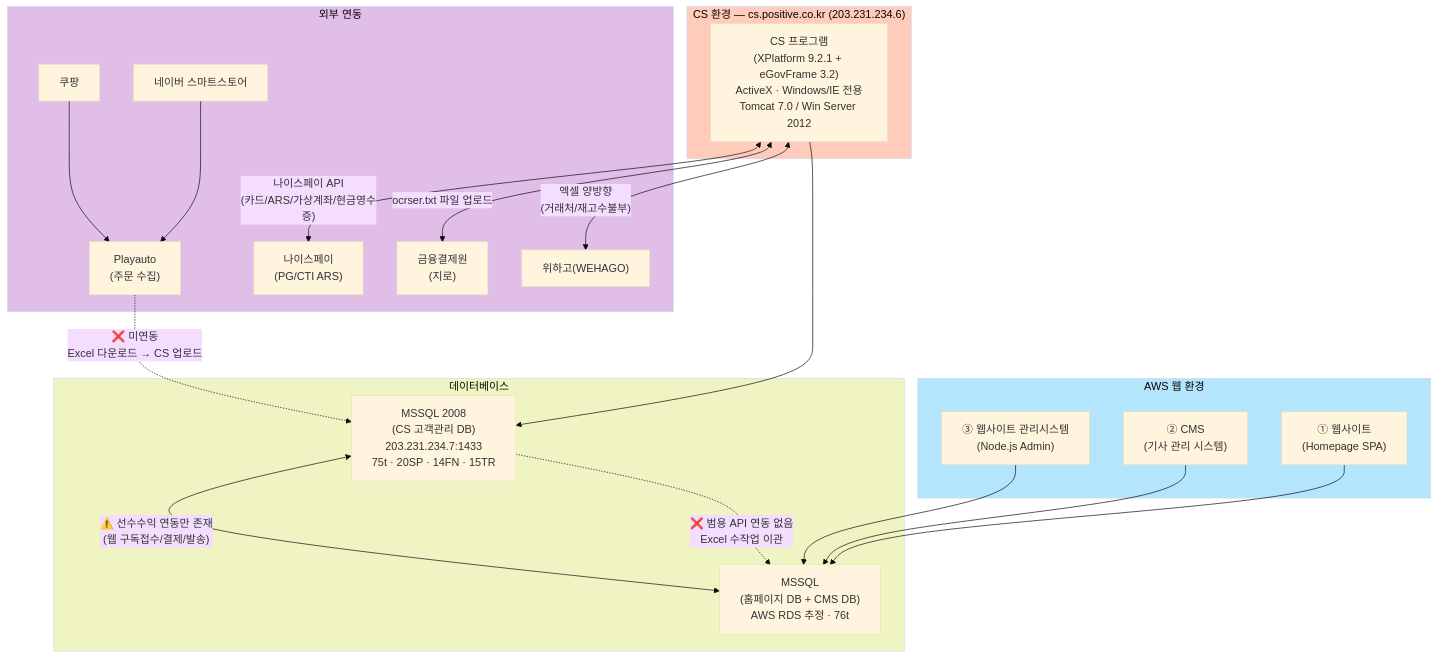
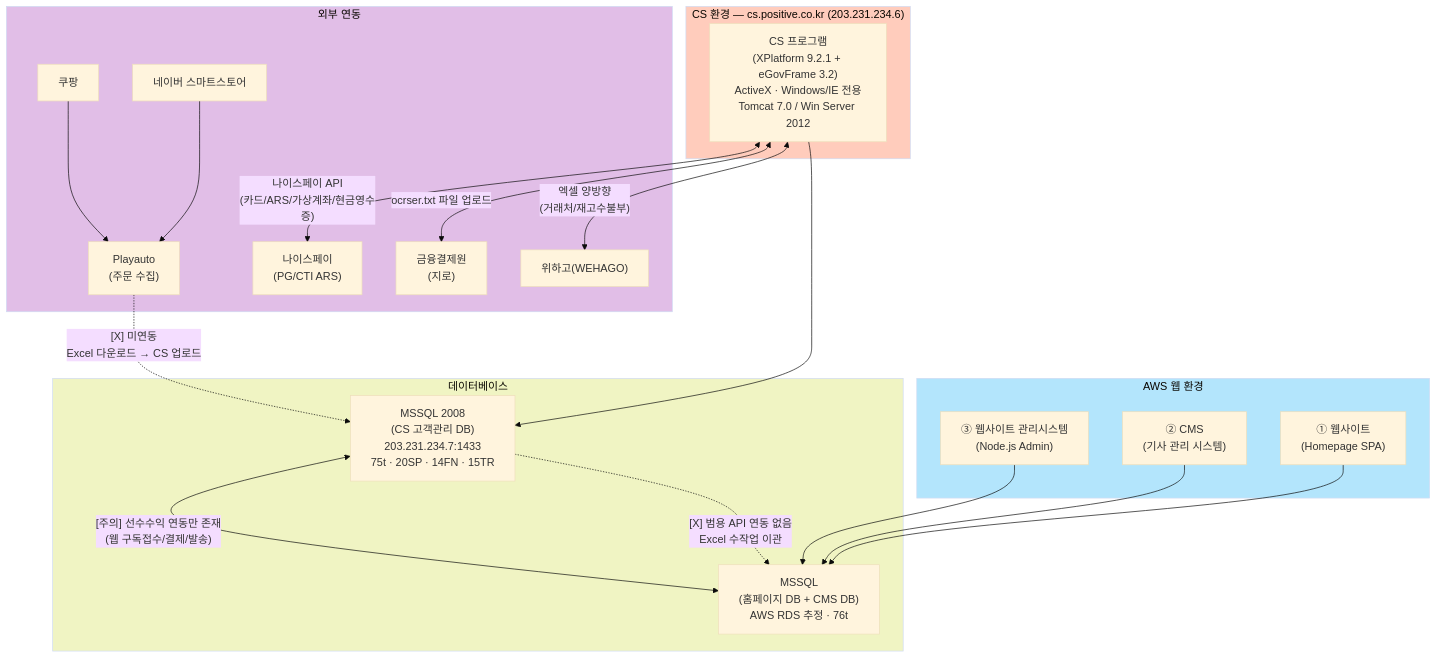
Before and after one commit to sknkwoxs/manual-book: the first of 4 diagrams in src/content/docs/goodthinking-isp/01-project-overview/as-is-to-be.md, drawn with Mermaid (base theme). The commit also changed 38 other files, not shown here.

````diff
--- a/src/content/docs/goodthinking-isp/01-project-overview/as-is-to-be.md
+++ b/src/content/docs/goodthinking-isp/01-project-overview/as-is-to-be.md
@@ -57,46 +57,46 @@
 ```mermaid
 graph TD
     subgraph CS["CS 환경 — cs.positive.co.kr (203.231.234.6)"]
         A["CS 프로그램<br/>(XPlatform 9.2.1 + eGovFrame 3.2)<br/>ActiveX · Windows/IE 전용<br/>Tomcat 7.0 / Win Server 2012"]
     end
 
     subgraph AWS["AWS 웹 환경"]
         B1["① 웹사이트<br/>(Homepage SPA)"]
         B2["② CMS<br/>(기사 관리 시스템)"]
         B3["③ 웹사이트 관리시스템<br/>(Node.js Admin)"]
     end
 
     subgraph EXT["외부 연동"]
         E1["네이버 스마트스토어"]
         E2["쿠팡"]
         E3["Playauto<br/>(주문 수집)"]
         E4["나이스페이<br/>(PG/CTI ARS)"]
         E5["금융결제원<br/>(지로)"]
         E6["위하고(WEHAGO)"]
     end
 
     subgraph DB["데이터베이스"]
         C["MSSQL 2008<br/>(CS 고객관리 DB)<br/>203.231.234.7:1433<br/>75t · 20SP · 14FN · 15TR"]
         D["MSSQL<br/>(홈페이지 DB + CMS DB)<br/>AWS RDS 추정 · 76t"]
     end
 
     A --> C
     B1 --> D
     B2 --> D
     B3 --> D
 
     A <-->|"나이스페이 API<br/>(카드/ARS/가상계좌/현금영수증)"| E4
     A <-->|"ocrser.txt 파일 업로드"| E5
     A <-->|"엑셀 양방향<br/>(거래처/재고수불부)"| E6
     E1 --> E3
     E2 --> E3
 
-    C -.->|"❌ 범용 API 연동 없음<br/>Excel 수작업 이관"| D
-    C <-->|"⚠️ 선수수익 연동만 존재<br/>(웹 구독접수/결제/발송)"| D
-    E3 -.->|"❌ 미연동<br/>Excel 다운로드 → CS 업로드"| C
+    C -.->|"[X] 범용 API 연동 없음<br/>Excel 수작업 이관"| D
+    C <-->|"[주의] 선수수익 연동만 존재<br/>(웹 구독접수/결제/발송)"| D
+    E3 -.->|"[X] 미연동<br/>Excel 다운로드 → CS 업로드"| C
 
     style CS fill:#ffccbc
     style AWS fill:#b3e5fc
     style EXT fill:#e1bee7
     style DB fill:#f0f4c3
 ```
````
